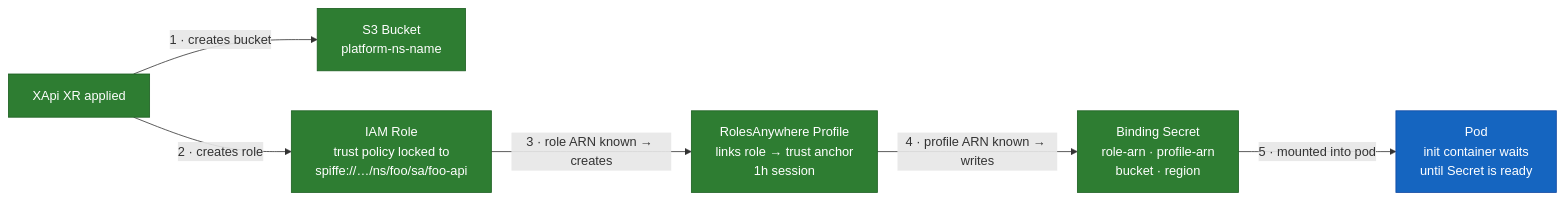
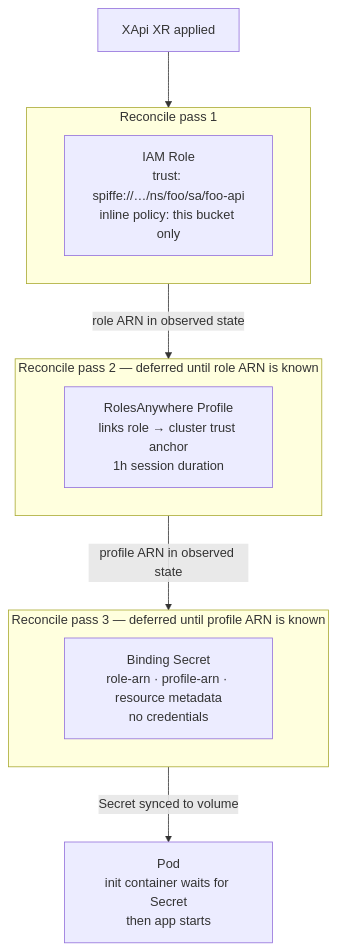
One commit to cujarrett/homelab changed the second of 3 diagrams in docs/workload-identity.md. Above: the diagram before and after it, drawn with Mermaid. The commit also changed other lines of this file and 1 other file, not shown here.

````diff
--- a/docs/workload-identity.md
+++ b/docs/workload-identity.md
@@ -11,21 +57,24 @@
 ```mermaid
-%%{init: {'flowchart': {'nodeSpacing': 50, 'rankSpacing': 50}}}%%
-flowchart LR
+%%{init: {'flowchart': {'nodeSpacing': 50, 'rankSpacing': 70}}}%%
+flowchart TB
     xr["XApi XR applied"]
-    bucket["S3 Bucket\nplatform-ns-name"]
-    role["IAM Role\ntrust policy locked to\nspiffe://…/ns/foo/sa/foo-api"]
-    profile["RolesAnywhere Profile\nlinks role → trust anchor\n1h session"]
-    secret["Binding Secret\nrole-arn · profile-arn\nbucket · region"]
-    pod["Pod\ninit container waits\nuntil Secret is ready"]
 
-    xr -->|"1 · creates bucket"| bucket
-    xr -->|"2 · creates role"| role
-    role -->|"3 · role ARN known → creates"| profile
-    profile -->|"4 · profile ARN known → writes"| secret
-    secret -->|"5 · mounted into pod"| pod
+    subgraph r1["Reconcile pass 1"]
+        role["IAM Role\ntrust: spiffe://…/ns/foo/sa/foo-api\ninline policy: this bucket only"]
+    end
 
-    classDef crossplaneStyle fill:#2E7D32,stroke:#1B5E20,color:#fff
-    classDef podStyle fill:#1565C0,stroke:#0D47A1,color:#fff
-    class xr,bucket,role,profile,secret crossplaneStyle
-    class pod podStyle
+    subgraph r2["Reconcile pass 2 — deferred until role ARN is known"]
+        profile["RolesAnywhere Profile\nlinks role → cluster trust anchor\n1h session duration"]
+    end
+
+    subgraph r3["Reconcile pass 3 — deferred until profile ARN is known"]
+        secret["Binding Secret\nrole-arn · profile-arn · resource metadata\nno credentials"]
+    end
+
+    pod["Pod\ninit container waits for Secret\nthen app starts"]
+
+    xr --> r1
+    r1 -->|"role ARN in observed state"| r2
+    r2 -->|"profile ARN in observed state"| r3
+    r3 -->|"Secret synced to volume"| pod
 ```
````
